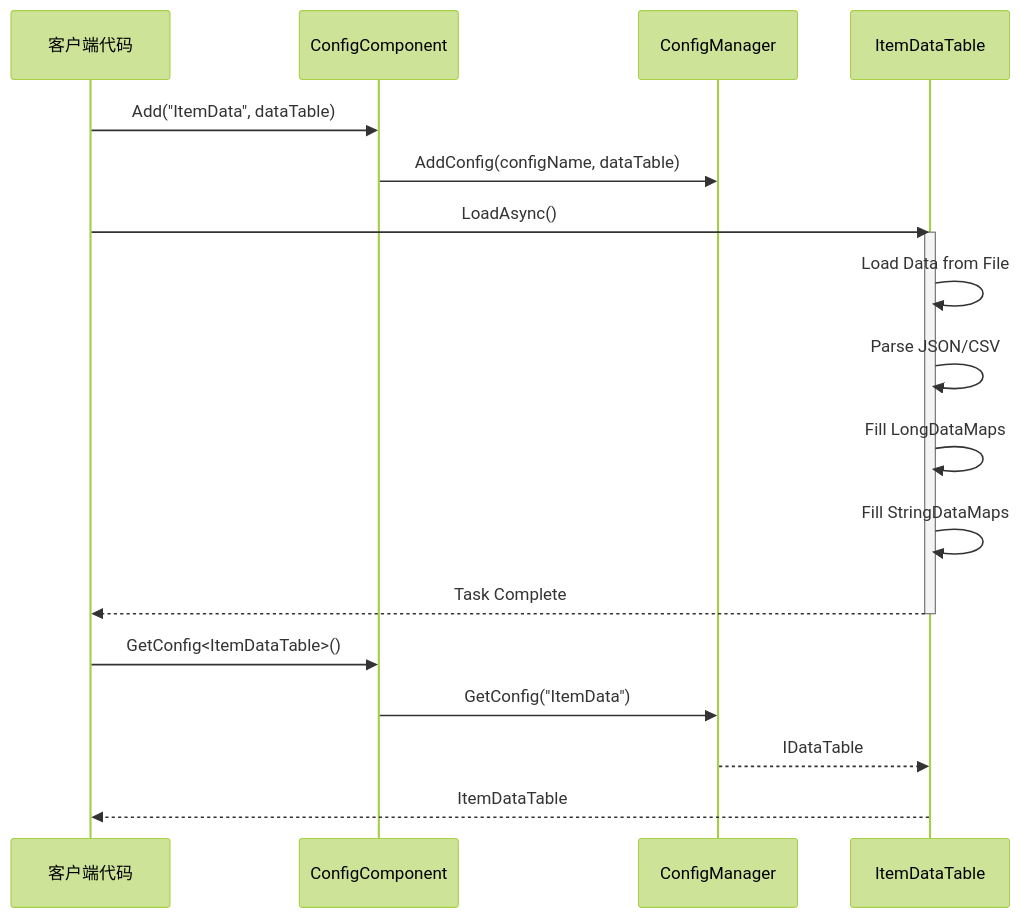
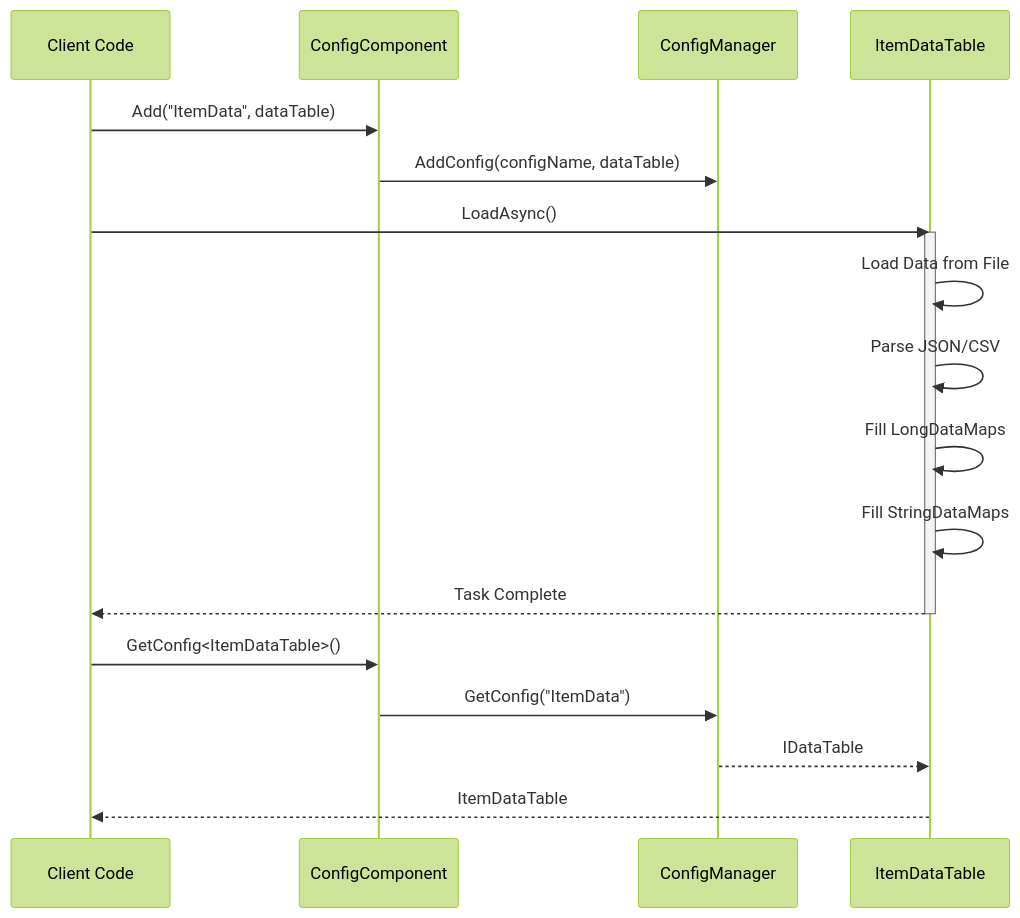
The second of 2 diagrams in docs/en/client/unity/component/config/08.data-table-definition.md (AlianBlank/GameFrameX.Docs), drawn with Mermaid (forest theme) before and after one commit. The commit also changed other lines of this file and 242 other files, not shown here.

````diff
--- a/docs/en/client/unity/component/config/08.data-table-definition.md
+++ b/docs/en/client/unity/component/config/08.data-table-definition.md
@@ -245,24 +245,24 @@
 ```mermaid
 sequenceDiagram
-    participant Client as 客户端代码
+    participant Client as Client Code
     participant ConfigComp as ConfigComponent
     participant ConfigMgr as ConfigManager
     participant DataTable as ItemDataTable
-    
+
     Client->>ConfigComp: Add("ItemData", dataTable)
     ConfigComp->>ConfigMgr: AddConfig(configName, dataTable)
-    
+
     Client->>DataTable: LoadAsync()
     activate DataTable
     DataTable->>DataTable: Load Data from File
     DataTable->>DataTable: Parse JSON/CSV
     DataTable->>DataTable: Fill LongDataMaps
     DataTable->>DataTable: Fill StringDataMaps
     DataTable-->>Client: Task Complete
     deactivate DataTable
-    
+
     Client->>ConfigComp: GetConfig<ItemDataTable>()
     ConfigComp->>ConfigMgr: GetConfig("ItemData")
     ConfigMgr-->>DataTable: IDataTable
     DataTable-->>Client: ItemDataTable
 ```
````
